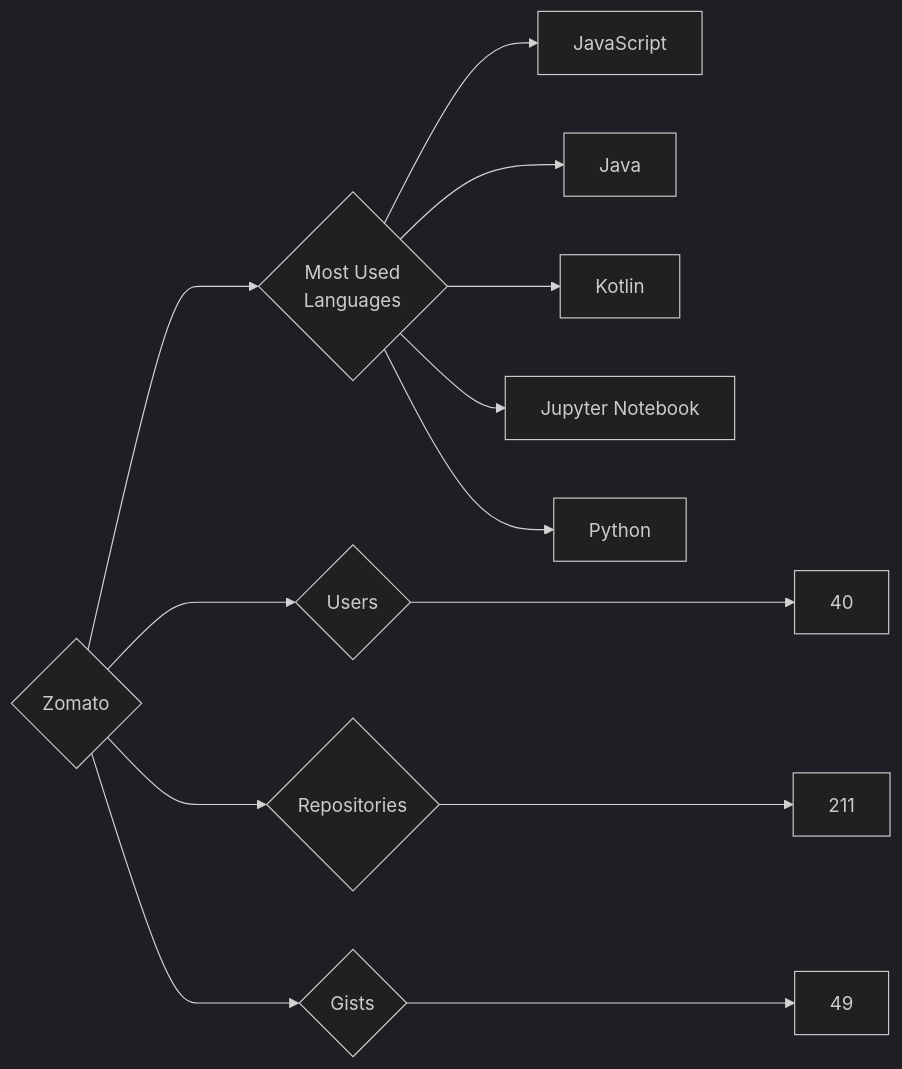
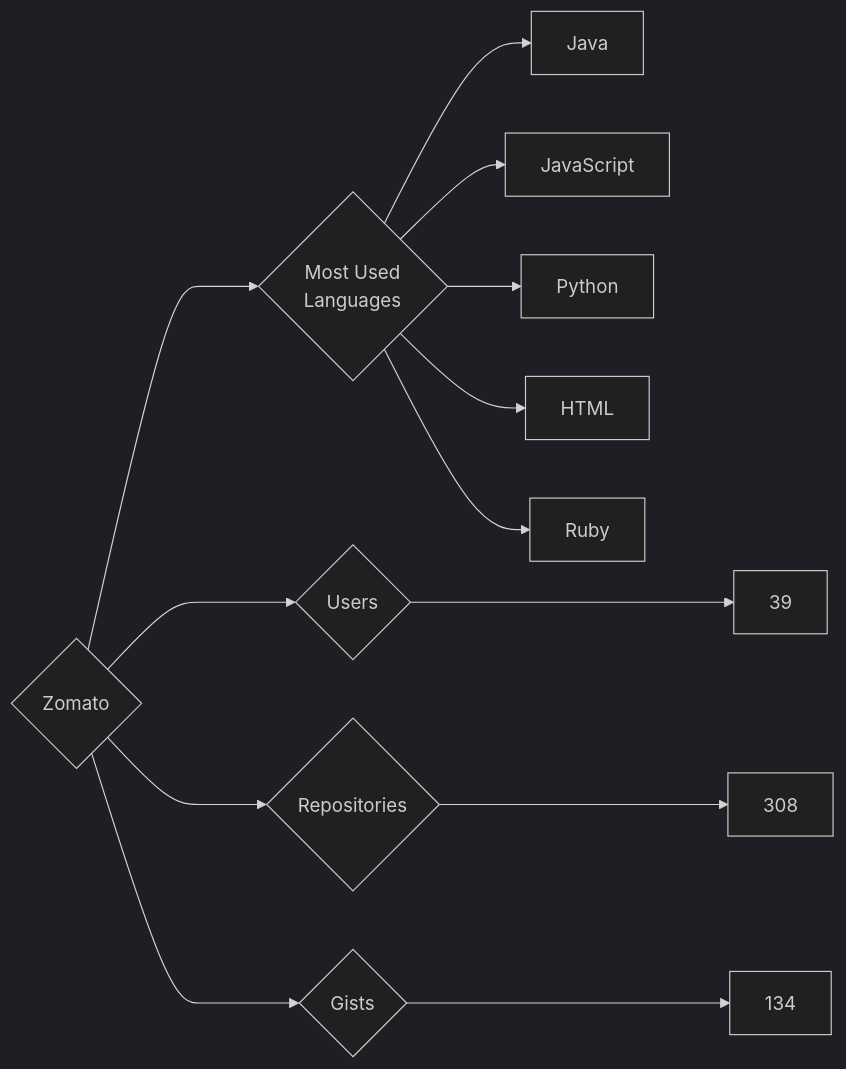
The diagram in targets/Zomato/README.md (trickest/insiders), drawn with Mermaid (dark theme) before and after one commit. The commit also changed 973 other files, not shown here.

````diff
--- a/targets/Zomato/README.md
+++ b/targets/Zomato/README.md
@@ -3,13 +3,13 @@
 ```mermaid
 graph LR
 COMPANY_NAME{Zomato}
-COMPANY_NAME ---> U{Users} ---> UN[40]
-COMPANY_NAME ---> R{Repositories} ---> RN[211]
-COMPANY_NAME ---> G{Gists} ---> GN[49]
+COMPANY_NAME ---> U{Users} ---> UN[39]
+COMPANY_NAME ---> R{Repositories} ---> RN[308]
+COMPANY_NAME ---> G{Gists} ---> GN[134]
 COMPANY_NAME ---> ML{Most Used<br>Languages}
+ML --> Java[Java]
 ML --> JavaScript[JavaScript]
-ML --> Java[Java]
-ML --> Kotlin[Kotlin]
-ML --> Jupyter_Notebook[Jupyter Notebook]
 ML --> Python[Python]
+ML --> HTML[HTML]
+ML --> Ruby[Ruby]
 ```
````
